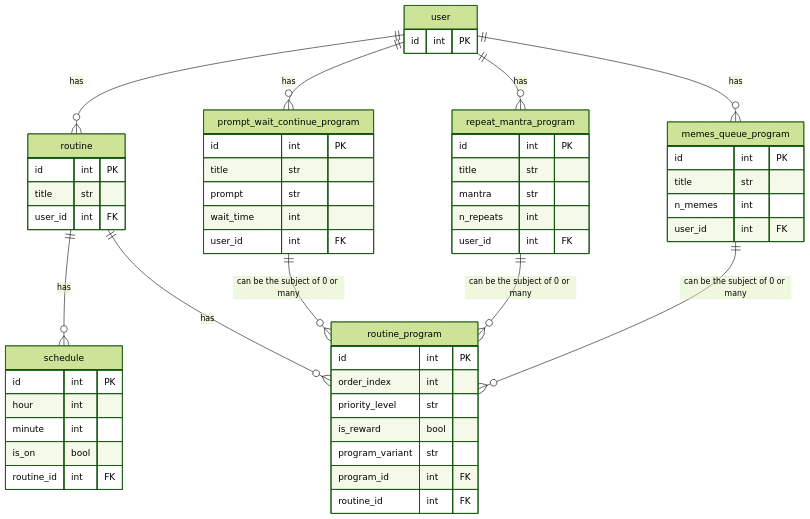
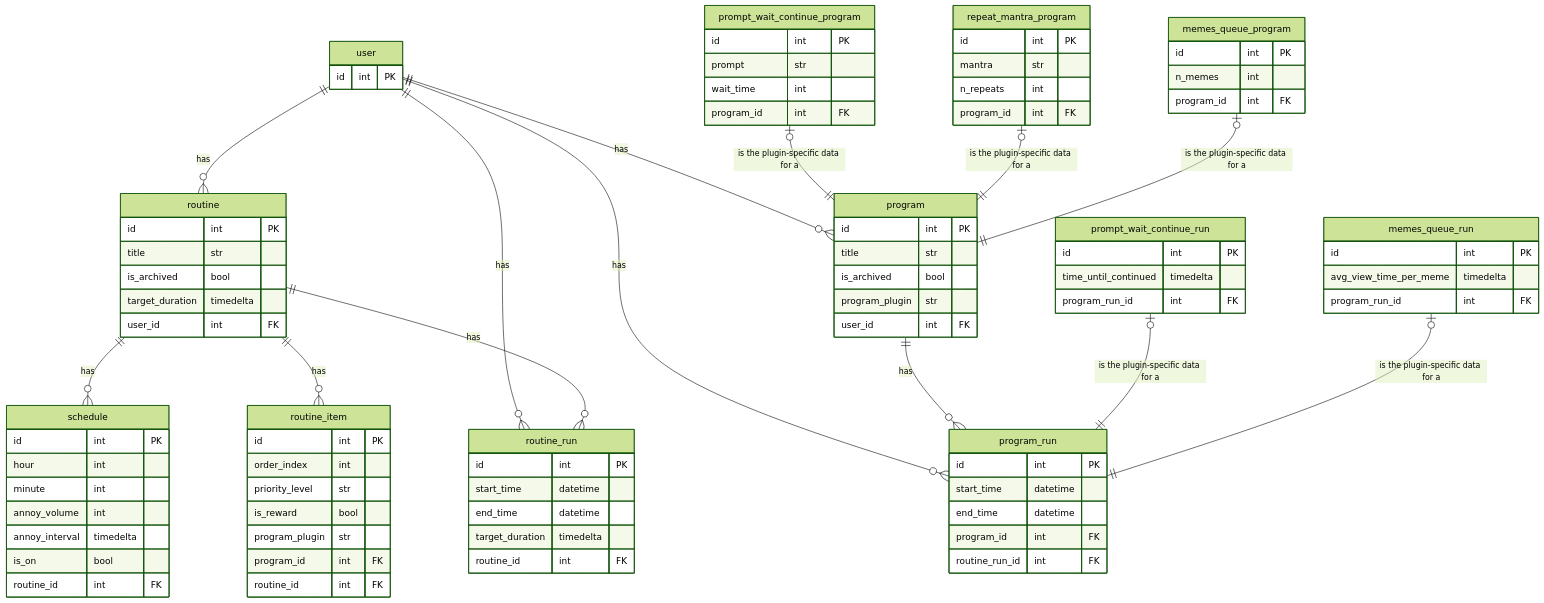
One commit to sonnygeorge/routine-butler changed the diagram in README.md. Above: the diagram before and after it, drawn with Mermaid (forest theme). The commit also changed other lines of this file and 34 other files, not shown here.

````diff
--- a/README.md
+++ b/README.md
@@ -263,57 +66,102 @@
     routine {
         id int PK
         title str
+        is_archived bool
+        target_duration timedelta
         user_id int FK
+    }
+
+    routine_run {
+        id int PK
+        start_time datetime
+        end_time datetime
+        target_duration timedelta
+        routine_id int FK
     }
 
     schedule {
         id int PK
         hour int
         minute int
+        annoy_volume int
+        annoy_interval timedelta
         is_on bool
         routine_id int FK
     }
 
+    program {
+        id int PK
+        title str
+        is_archived bool
+        program_plugin str
+        user_id int FK
+    }
+
     prompt_wait_continue_program {
         id int PK
-        title str
         prompt str
         wait_time int
-        user_id int FK
+        program_id int FK
     }
 
     repeat_mantra_program {
         id int PK
-        title str
         mantra str
         n_repeats int
-        user_id int FK
+        program_id int FK
     }
 
     memes_queue_program {
         id int PK
-        title str
         n_memes int
-        user_id int FK
+        program_id int FK
     }
 
-    routine_program {
+    program_run {
+        id int PK
+        start_time datetime
+        end_time datetime
+        program_id int FK
+        routine_run_id int FK
+    }
+
+    prompt_wait_continue_run {
+        id int PK
+        time_until_continued timedelta
+        program_run_id int FK
+    }
+
+    memes_queue_run {
+        id int PK
+        avg_view_time_per_meme timedelta
+        program_run_id int FK
+    }
+
+    routine_item {
         id int PK
         order_index int
         priority_level str
         is_reward bool
-        program_variant str
+        program_plugin str
         program_id int FK
         routine_id int FK
     }
 
     user ||--o{ routine : has
-    user ||--o{ repeat_mantra_program : has
-    user ||--o{ prompt_wait_continue_program : has
-    user ||--o{ memes_queue_program : has
+    user ||--o{ program : has
+    user ||--o{ routine_run : has
+    user ||--o{ program_run : has
+
     routine ||--o{ schedule : has
-    routine ||--o{ routine_program : has
-    prompt_wait_continue_program ||--o{ routine_program : "can be the subject of 0 or many"
-    repeat_mantra_program ||--o{ routine_program : "can be the subject of 0 or many"
-    memes_queue_program ||--o{ routine_program : "can be the subject of 0 or many"
+    routine ||--o{ routine_item : has
+
+    prompt_wait_continue_program |o--|| program : "is the plugin-specific data for a"
+    repeat_mantra_program |o--|| program : "is the plugin-specific data for a"
+    memes_queue_program |o--|| program : "is the plugin-specific data for a"
+
+    program ||--o{ program_run : has
+    routine ||--o{ routine_run : has
+
+    prompt_wait_continue_run |o--|| program_run : "is the plugin-specific data for a"
+    memes_queue_run |o--|| program_run : "is the plugin-specific data for a"
 ```
````
